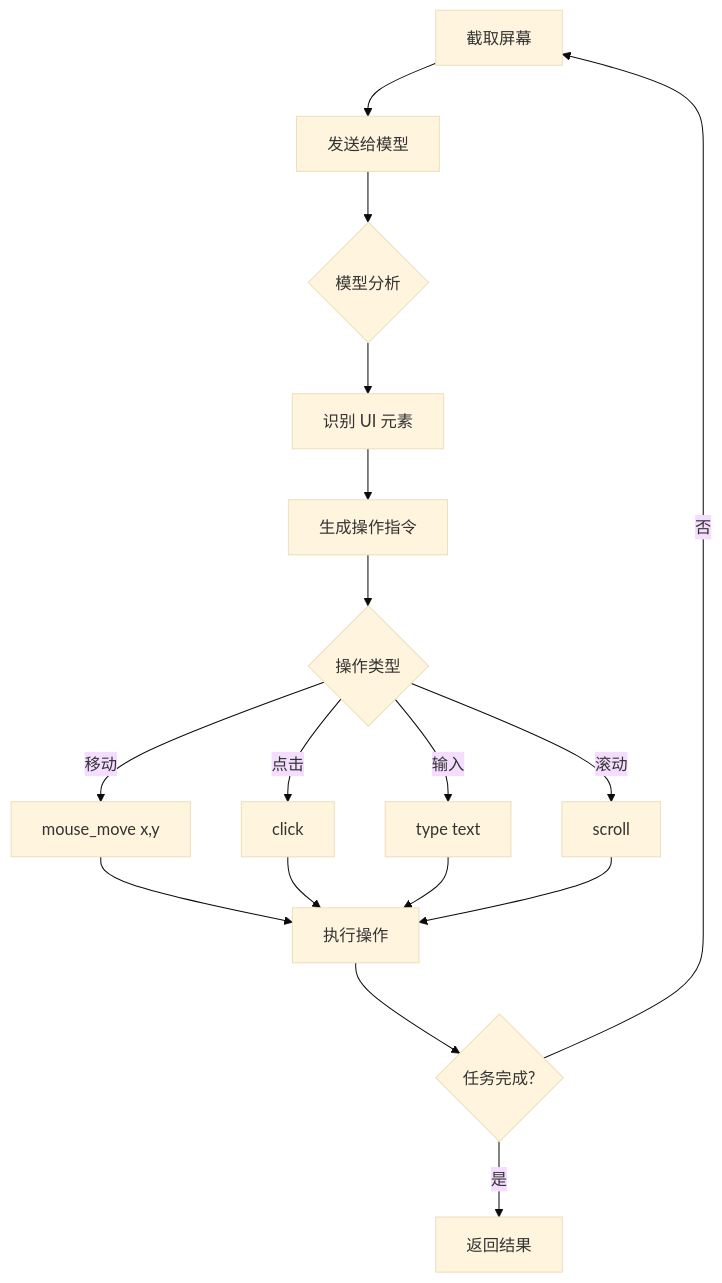
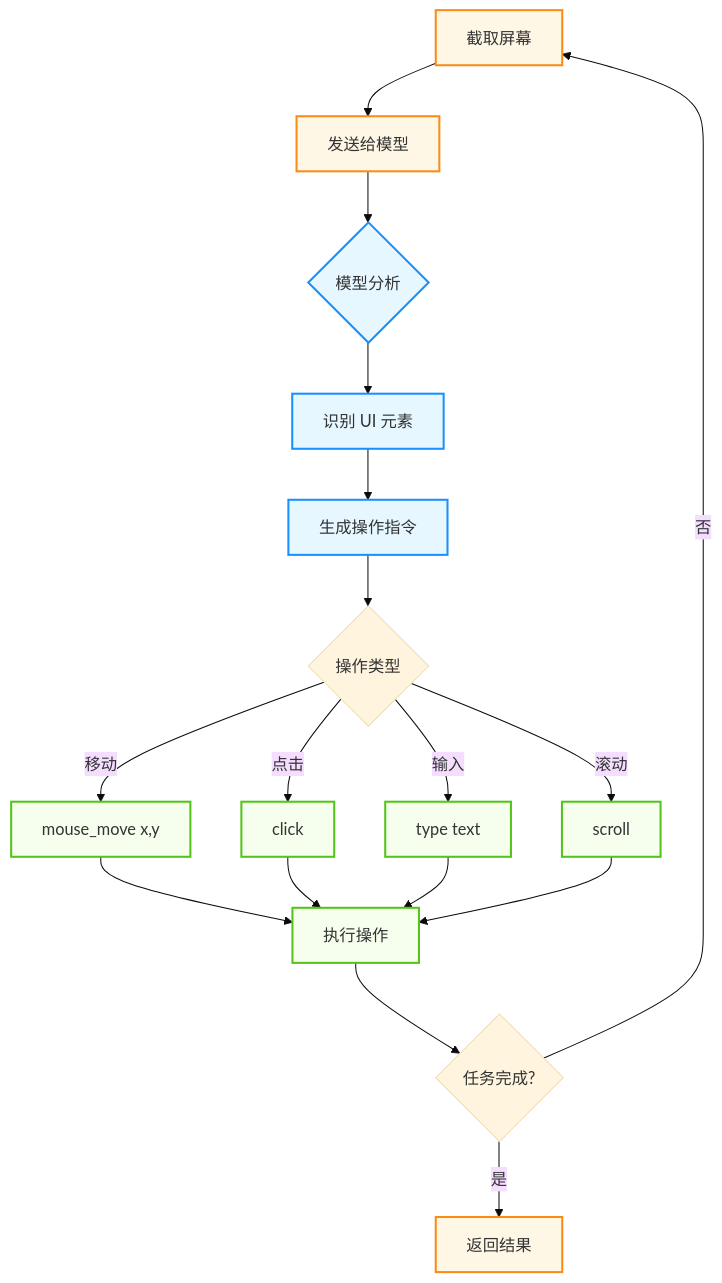
The second of 4 diagrams in 04_tools/4.5_browser.md (yeasy/agentic_ai_guide), drawn with Mermaid (base theme) before and after one commit. The commit also changed other lines of this file and 36 other files, not shown here.

````diff
--- a/04_tools/4.5_browser.md
+++ b/04_tools/4.5_browser.md
@@ -89,16 +98,26 @@
 ```mermaid
 flowchart TD
+    %% Agentic Design System
+    classDef agent fill:#e6f7ff,stroke:#1890ff,stroke-width:2px;
+    classDef tool fill:#f6ffed,stroke:#52c41a,stroke-width:2px;
+    classDef user fill:#fff7e6,stroke:#fa8c16,stroke-width:2px;
+
     A[截取屏幕] --> B[发送给模型]
     B --> C{模型分析}
     C --> D[识别 UI 元素]
     D --> E[生成操作指令]
     E --> F{操作类型}
     F -->|移动| G[mouse_move x,y]
     F -->|点击| H[click]
     F -->|输入| I[type text]
     F -->|滚动| J[scroll]
     G & H & I & J --> K[执行操作]
     K --> L{任务完成?}
     L -->|否| A
     L -->|是| M[返回结果]
+    
+    class A,B user;
+    class C,D,E agent;
+    class G,H,I,J,K tool;
+    class M user;
 ```
````
